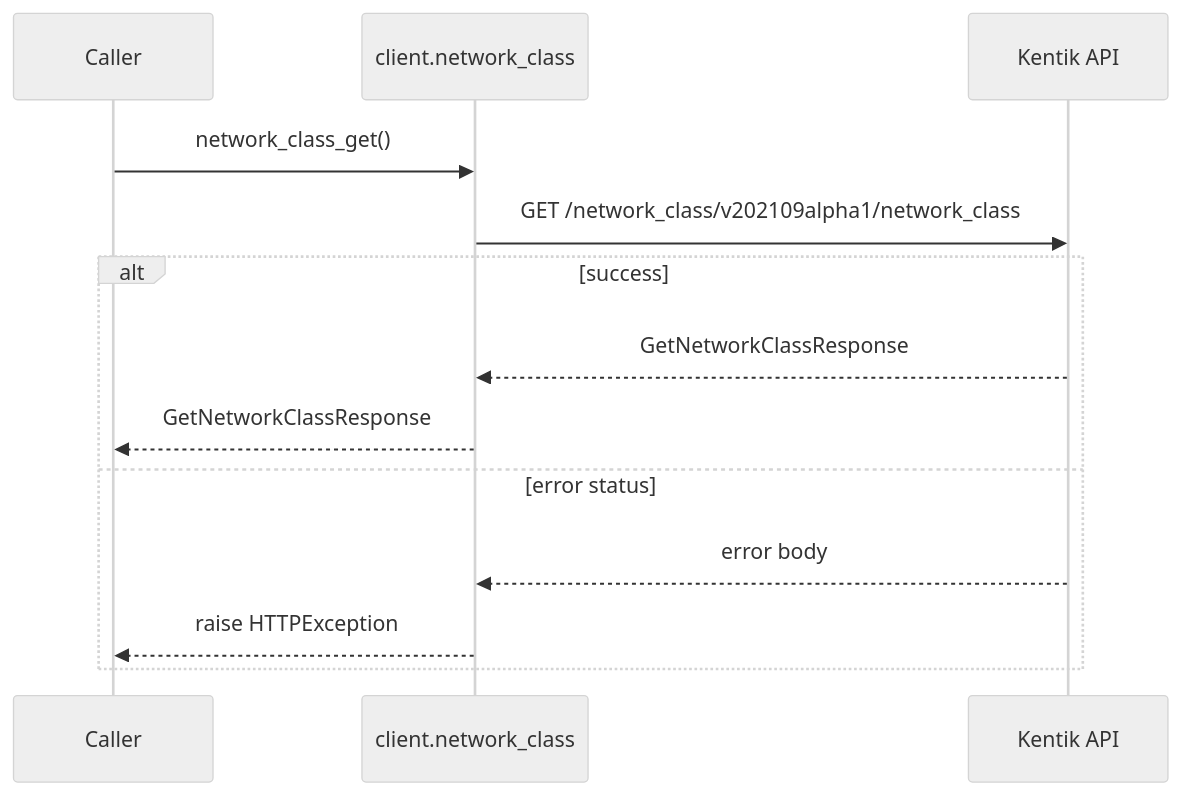
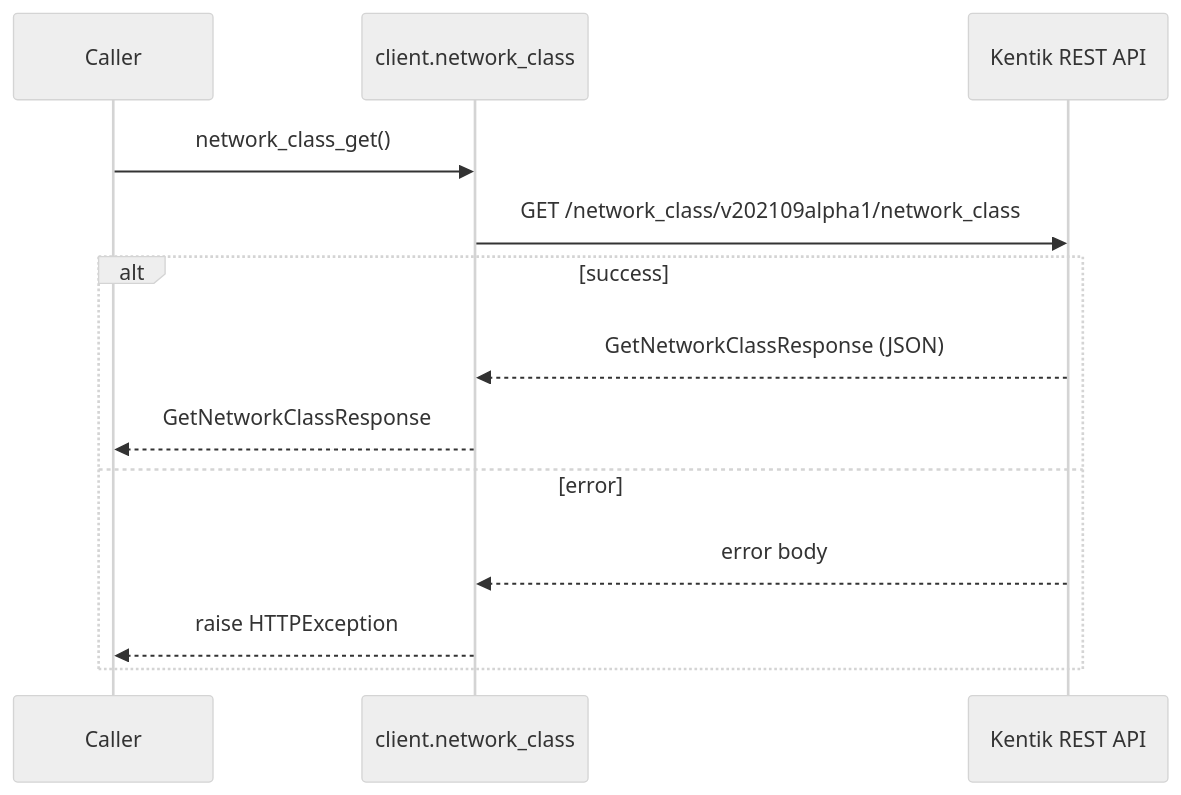
One commit to alexdearaujo/community_sdk_python changed the second of 6 diagrams in docs/sphinx/services/network_class.md. Above: the diagram before and after it, drawn with Mermaid (neutral theme). The commit also changed other lines of this file and 61 other files, not shown here.

````diff
--- a/docs/sphinx/services/network_class.md
+++ b/docs/sphinx/services/network_class.md
@@ -33,16 +35,16 @@
 ```mermaid
 sequenceDiagram
     participant C as Caller
     participant W as client.network_class
-    participant API as Kentik API
+    participant API as Kentik REST API
 
     C->>W: network_class_get()
     W->>API: GET /network_class/v202109alpha1/network_class
     alt success
-        API-->>W: GetNetworkClassResponse
+        API-->>W: GetNetworkClassResponse (JSON)
         W-->>C: GetNetworkClassResponse
-    else error status
+    else error
         API-->>W: error body
         W-->>C: raise HTTPException
     end
 ```
````
